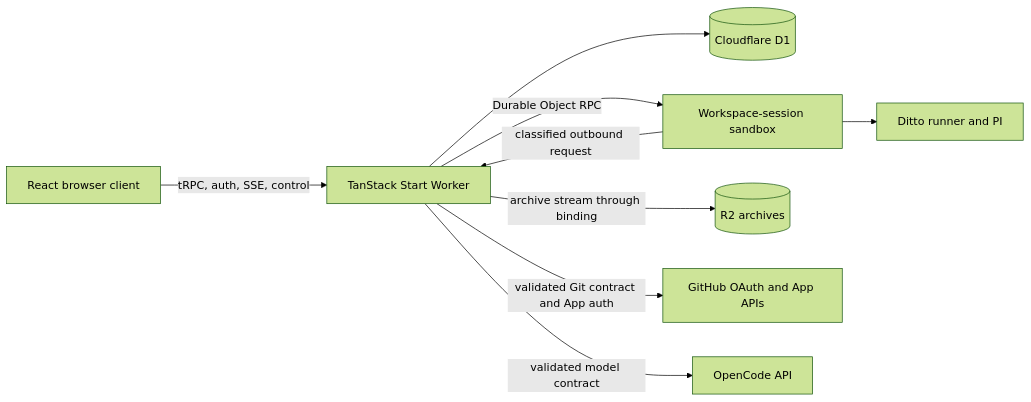
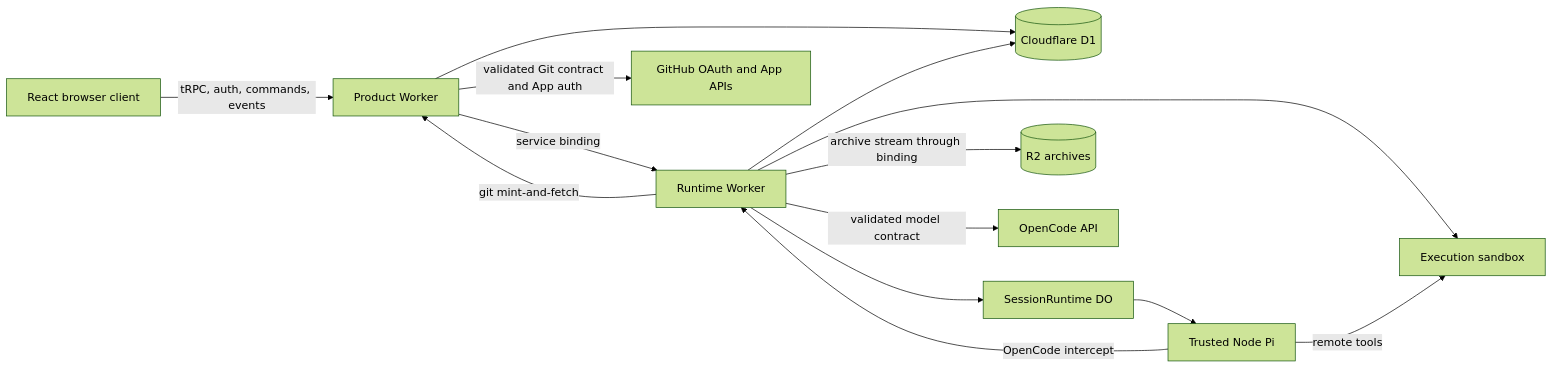
One commit to metaloozee/ditto changed the diagram in docs/architecture/overview.md. Above: the diagram before and after it, drawn with Mermaid (forest theme). The commit also changed other lines of this file and 29 other files, not shown here.

Commit message:
feat: new architecture & plan cleanup

````diff
--- a/docs/architecture/overview.md
+++ b/docs/architecture/overview.md
@@ -9,20 +11,27 @@
 ```mermaid
 flowchart LR
   Browser[React browser client]
-  Worker[TanStack Start Worker]
+  Product[Product Worker]
+  Runtime[Runtime Worker]
   D1[(Cloudflare D1)]
-  Sandbox[Workspace-session sandbox]
-  Runner[Ditto runner and PI]
+  SessionRuntime[SessionRuntime DO]
+  Brain[Trusted Node Pi]
+  Sandbox[Execution sandbox]
   R2[(R2 archives)]
   GitHub[GitHub OAuth and App APIs]
   OpenCode[OpenCode API]
 
-  Browser -->|tRPC, auth, SSE, control| Worker
-  Worker --> D1
-  Worker -->|Durable Object RPC| Sandbox
-  Sandbox --> Runner
-  Sandbox -->|classified outbound request| Worker
-  Worker -->|validated model contract| OpenCode
-  Worker -->|validated Git contract and App auth| GitHub
-  Worker -->|archive stream through binding| R2
+  Browser -->|tRPC, auth, commands, events| Product
+  Product --> D1
+  Runtime --> D1
+  Product -->|service binding| Runtime
+  Runtime -->|git mint-and-fetch| Product
+  Runtime --> SessionRuntime
+  SessionRuntime --> Brain
+  Runtime --> Sandbox
+  Brain -->|remote tools| Sandbox
+  Brain -->|OpenCode intercept| Runtime
+  Runtime -->|validated model contract| OpenCode
+  Product -->|validated Git contract and App auth| GitHub
+  Runtime -->|archive stream through binding| R2
 ```
````
